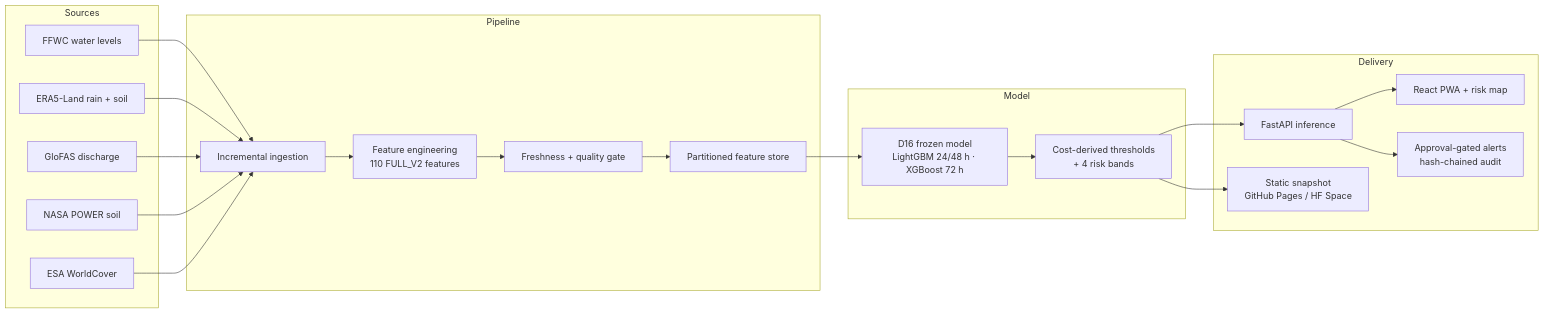
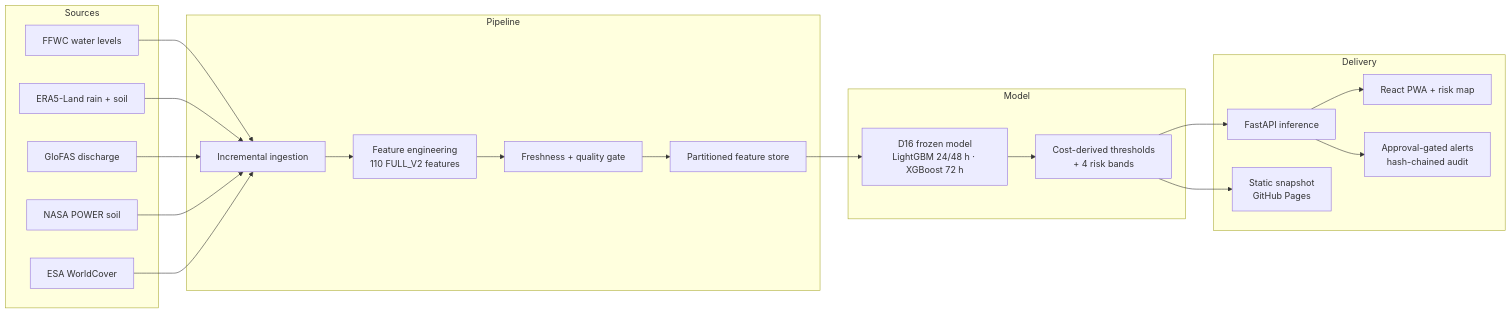
Before and after one commit to riyadh5674/Aabhas-flood-predictor-bangladesh: the diagram in README.md, drawn with Mermaid. The commit also changed other lines of this file and 17 other files, not shown here.

````diff
--- a/README.md
+++ b/README.md
@@ -112,34 +133,34 @@
 ```mermaid
 flowchart LR
     subgraph Sources
         A1[FFWC water levels]
         A2[ERA5-Land rain + soil]
         A3[GloFAS discharge]
         A4[NASA POWER soil]
         A5[ESA WorldCover]
     end
 
     subgraph Pipeline
         B1[Incremental ingestion] --> B2[Feature engineering<br/>110 FULL_V2 features]
         B2 --> B3[Freshness + quality gate]
         B3 --> B4[Partitioned feature store]
     end
 
     subgraph Model
         C1[D16 frozen model<br/>LightGBM 24/48 h · XGBoost 72 h]
         C2[Cost-derived thresholds<br/>+ 4 risk bands]
     end
 
     subgraph Delivery
         D1[FastAPI inference]
         D2[React PWA + risk map]
-        D3[Static snapshot<br/>GitHub Pages / HF Space]
+        D3[Static snapshot<br/>GitHub Pages]
         D4[Approval-gated alerts<br/>hash-chained audit]
     end
 
     A1 & A2 & A3 & A4 & A5 --> B1
     B4 --> C1 --> C2
     C2 --> D1 --> D2
     C2 --> D3
     D1 --> D4
 ```
````
